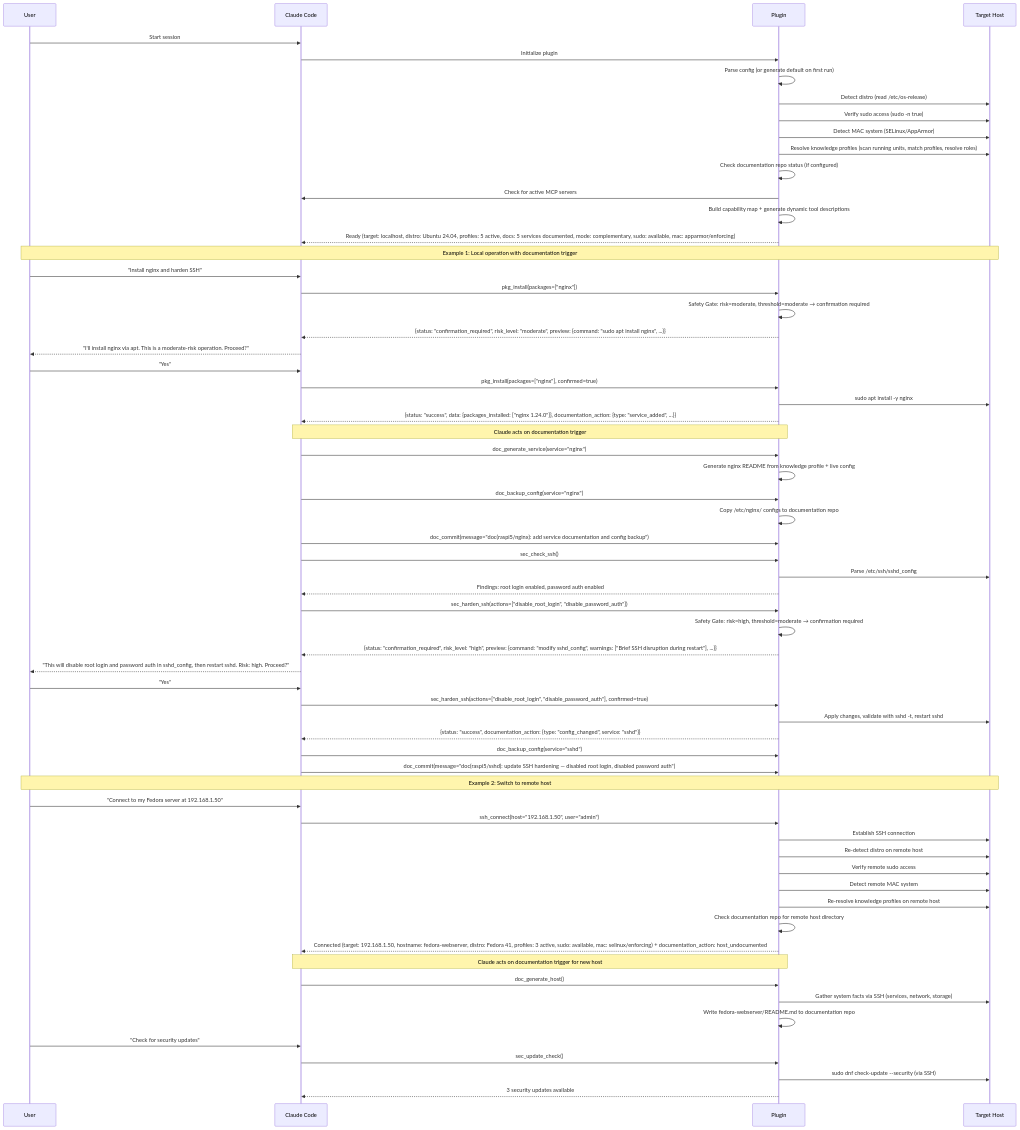
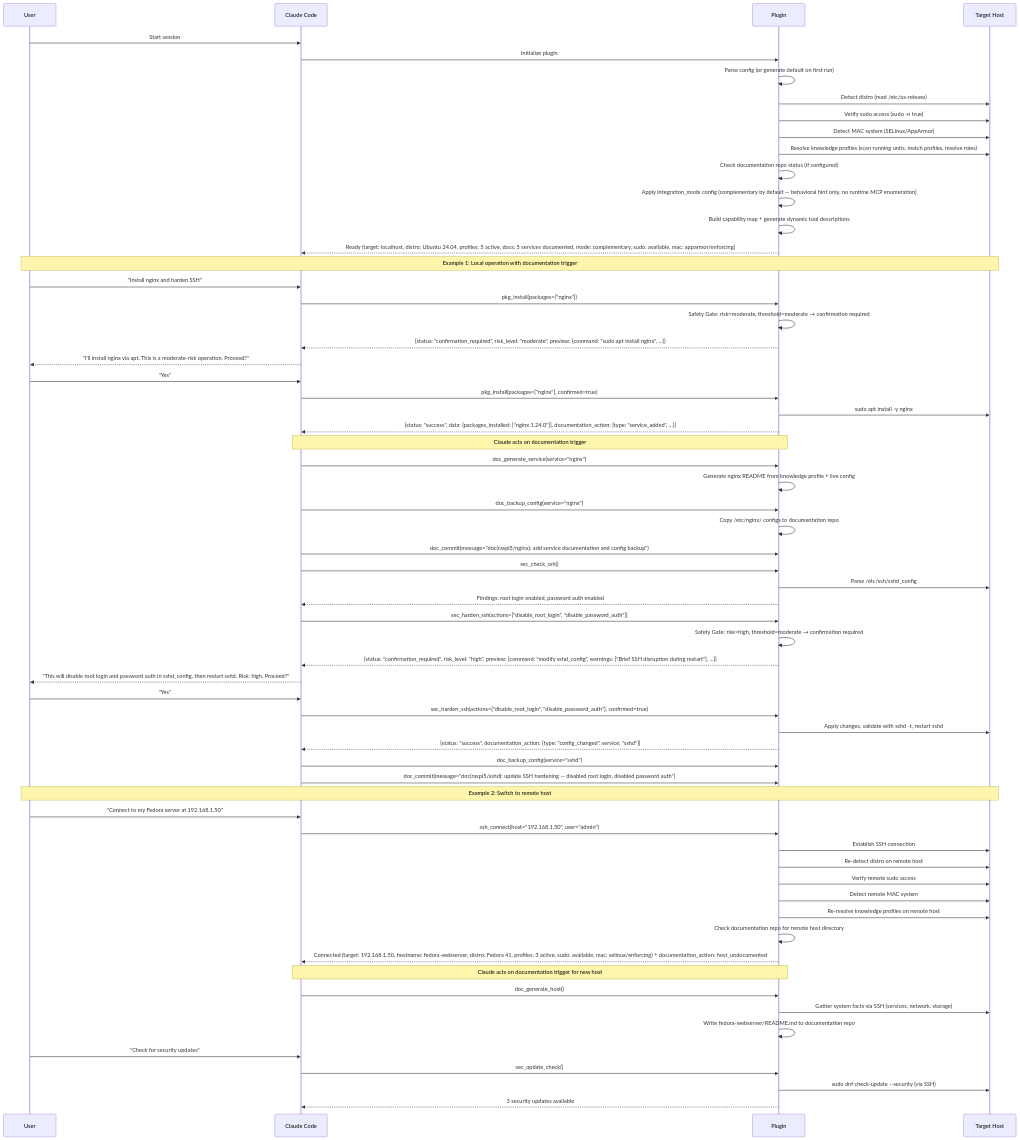
Before and after one commit to L3DigitalNet/Claude-Code-Plugins: the second of 2 diagrams in plugins/linux-sysadmin-mcp/docs/linux-sysadmin-plugin-design.md, drawn with Mermaid. The commit also changed other lines of this file and 21 other files, not shown here.

````diff
--- a/plugins/linux-sysadmin-mcp/docs/linux-sysadmin-plugin-design.md
+++ b/plugins/linux-sysadmin-mcp/docs/linux-sysadmin-plugin-design.md
@@ -1959,76 +1944,76 @@
 ```mermaid
 sequenceDiagram
     participant U as User
     participant CC as Claude Code
     participant P as Plugin
     participant OS as Target Host
 
     U->>CC: Start session
     CC->>P: Initialize plugin
     P->>P: Parse config (or generate default on first run)
     P->>OS: Detect distro (read /etc/os-release)
     P->>OS: Verify sudo access (sudo -n true)
     P->>OS: Detect MAC system (SELinux/AppArmor)
     P->>OS: Resolve knowledge profiles (scan running units, match profiles, resolve roles)
     P->>P: Check documentation repo status (if configured)
-    P->>CC: Check for active MCP servers
+    P->>P: Apply integration_mode config (complementary by default — behavioral hint only, no runtime MCP enumeration)
     P->>P: Build capability map + generate dynamic tool descriptions
     P-->>CC: Ready (target: localhost, distro: Ubuntu 24.04, profiles: 5 active, docs: 5 services documented, mode: complementary, sudo: available, mac: apparmor/enforcing)
 
     Note over U,OS: Example 1: Local operation with documentation trigger
 
     U->>CC: "Install nginx and harden SSH"
     CC->>P: pkg_install(packages=["nginx"])
     P->>P: Safety Gate: risk=moderate, threshold=moderate → confirmation required
     P-->>CC: {status: "confirmation_required", risk_level: "moderate", preview: {command: "sudo apt install nginx", ...}}
     CC-->>U: "I'll install nginx via apt. This is a moderate-risk operation. Proceed?"
     U->>CC: "Yes"
     CC->>P: pkg_install(packages=["nginx"], confirmed=true)
     P->>OS: sudo apt install -y nginx
     P-->>CC: {status: "success", data: {packages_installed: ["nginx 1.24.0"]}, documentation_action: {type: "service_added", ...}}
 
     Note over CC,P: Claude acts on documentation trigger
     CC->>P: doc_generate_service(service="nginx")
     P->>P: Generate nginx README from knowledge profile + live config
     CC->>P: doc_backup_config(service="nginx")
     P->>P: Copy /etc/nginx/ configs to documentation repo
     CC->>P: doc_commit(message="doc(raspi5/nginx): add service documentation and config backup")
 
     CC->>P: sec_check_ssh()
     P->>OS: Parse /etc/ssh/sshd_config
     P-->>CC: Findings: root login enabled, password auth enabled
 
     CC->>P: sec_harden_ssh(actions=["disable_root_login", "disable_password_auth"])
     P->>P: Safety Gate: risk=high, threshold=moderate → confirmation required
     P-->>CC: {status: "confirmation_required", risk_level: "high", preview: {command: "modify sshd_config", warnings: ["Brief SSH disruption during restart"], ...}}
     CC-->>U: "This will disable root login and password auth in sshd_config, then restart sshd. Risk: high. Proceed?"
     U->>CC: "Yes"
     CC->>P: sec_harden_ssh(actions=["disable_root_login", "disable_password_auth"], confirmed=true)
     P->>OS: Apply changes, validate with sshd -t, restart sshd
     P-->>CC: {status: "success", documentation_action: {type: "config_changed", service: "sshd"}}
 
     CC->>P: doc_backup_config(service="sshd")
     CC->>P: doc_commit(message="doc(raspi5/sshd): update SSH hardening — disabled root login, disabled password auth")
 
     Note over U,OS: Example 2: Switch to remote host
 
     U->>CC: "Connect to my Fedora server at 192.168.1.50"
     CC->>P: ssh_connect(host="192.168.1.50", user="admin")
     P->>OS: Establish SSH connection
     P->>OS: Re-detect distro on remote host
     P->>OS: Verify remote sudo access
     P->>OS: Detect remote MAC system
     P->>OS: Re-resolve knowledge profiles on remote host
     P->>P: Check documentation repo for remote host directory
     P-->>CC: Connected (target: 192.168.1.50, hostname: fedora-webserver, distro: Fedora 41, profiles: 3 active, sudo: available, mac: selinux/enforcing) + documentation_action: host_undocumented
 
     Note over CC,P: Claude acts on documentation trigger for new host
     CC->>P: doc_generate_host()
     P->>OS: Gather system facts via SSH (services, network, storage)
     P->>P: Write fedora-webserver/README.md to documentation repo
 
     U->>CC: "Check for security updates"
     CC->>P: sec_update_check()
     P->>OS: sudo dnf check-update --security (via SSH)
     P-->>CC: 3 security updates available
 ```
````
